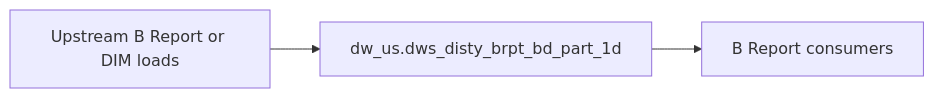
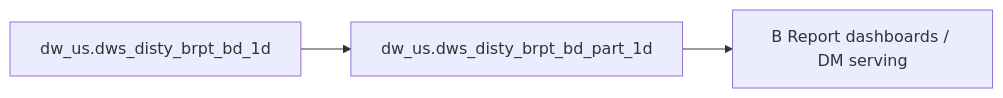
The diagram in backend/defaults/b_report/workspace/target/knowledgebase/b-report-us/dws_disty_brpt_bd_part_1d.md (chengduhaha/data_agent), drawn with Mermaid before and after one commit. The commit also changed other lines of this file and 1108 other files, not shown here.

````diff
--- a/backend/defaults/b_report/workspace/target/knowledgebase/b-report-us/dws_disty_brpt_bd_part_1d.md
+++ b/backend/defaults/b_report/workspace/target/knowledgebase/b-report-us/dws_disty_brpt_bd_part_1d.md
@@ -158,8 +267,8 @@
 ```mermaid
 flowchart LR
-  upstream[Upstream B Report or DIM loads]
-  tgt["dw_us.dws_disty_brpt_bd_part_1d"]
-  brpt[B Report consumers]
-  upstream --> tgt
-  tgt --> brpt
+  dw_us_dws_disty_brpt_bd_part_1d["dw_us.dws_disty_brpt_bd_part_1d"]
+  src0["dw_us.dws_disty_brpt_bd_1d"]
+  src0 --> dw_us_dws_disty_brpt_bd_part_1d
+  consumers["B Report dashboards / DM serving"]
+  dw_us_dws_disty_brpt_bd_part_1d --> consumers
 ```
````
